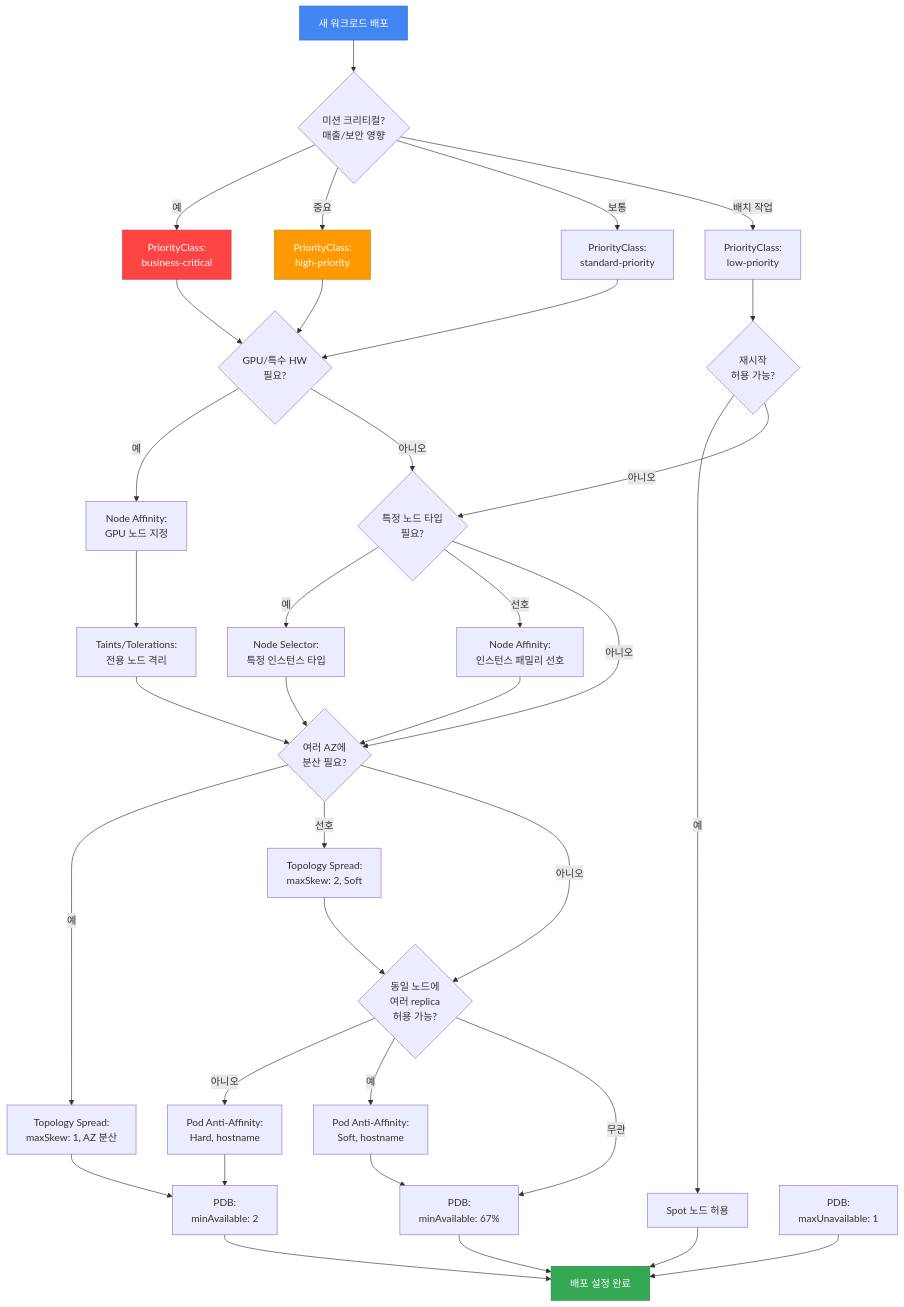
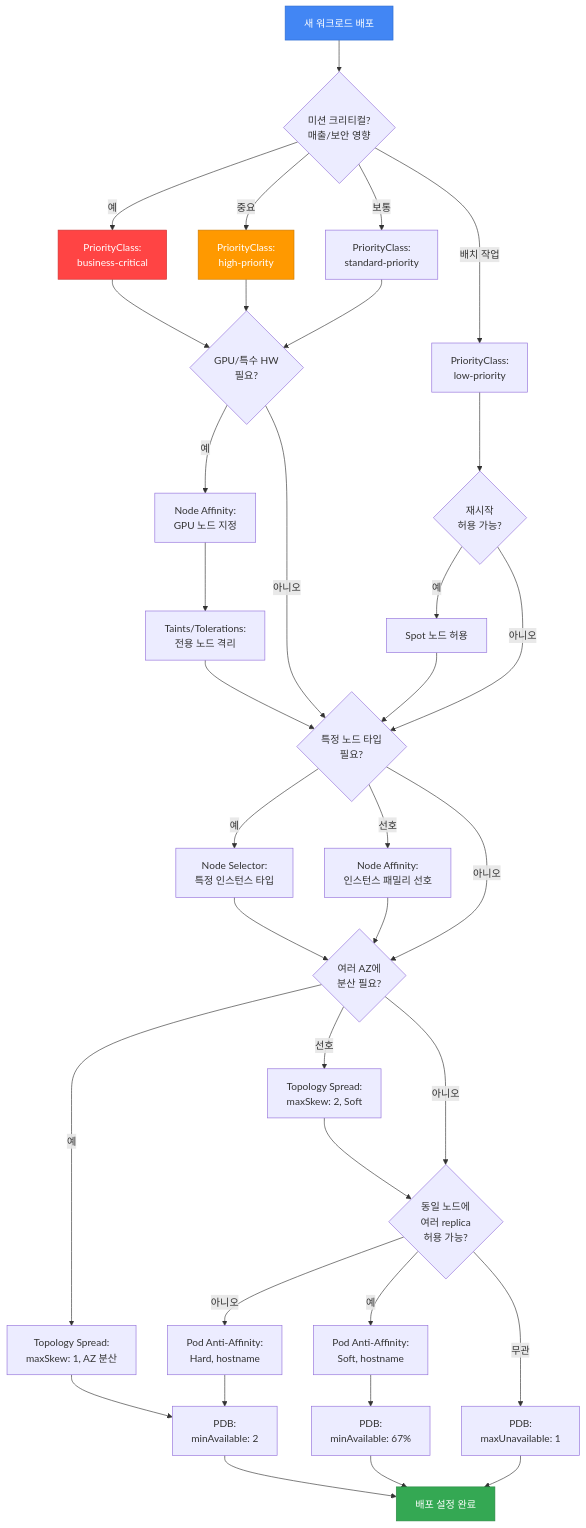
Before and after one commit to devfloor9/engineering-playbook: the sixth of 12 diagrams in docs/eks-best-practices/operations-reliability/eks-pod-scheduling-availability.md, drawn with Mermaid. The commit also changed other lines of this file and 1 other file, not shown here.

```diff
--- a/docs/eks-best-practices/operations-reliability/eks-pod-scheduling-availability.md
+++ b/docs/eks-best-practices/operations-reliability/eks-pod-scheduling-availability.md
@@ -3863,8 +4006,8 @@
     Q3 -->|아니오| Q6
 
     B1 --> B2
-    B2 --> Q4
-    B3 --> FINAL
+    B2 --> Q6
+    B3 --> Q6
 
     Q6 -->|예| F1
     Q6 -->|선호| F2
@@ -3881,7 +4024,7 @@
 
     Q5 -->|아니오| D1
     Q5 -->|예| D2
-    Q5 -->|무관| E2
+    Q5 -->|무관| E3
 
     D1 --> E1
     D2 --> E2
```
